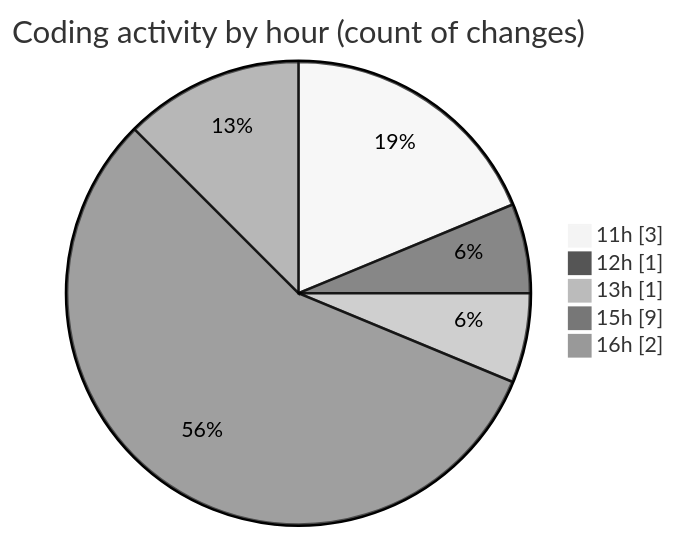
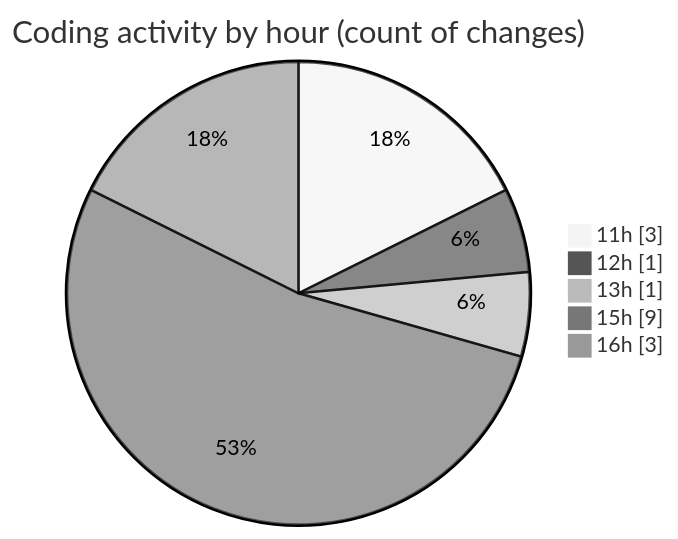
The second of 2 diagrams in 2025-12-01/nxtqube_webapp/README.md (nxtqubesakshisongat/code-tracking), drawn with Mermaid (neutral theme) before and after one commit. The commit also changed other lines of this file and 1 other file, not shown here.

````diff
--- a/2025-12-01/nxtqube_webapp/README.md
+++ b/2025-12-01/nxtqube_webapp/README.md
@@ -31,9 +32,9 @@
 ```mermaid
 pie showData
 title Coding activity by hour (count of changes)
 "11h" : 3
 "12h" : 1
 "13h" : 1
 "15h" : 9
-"16h" : 2
+"16h" : 3
 ```
````
